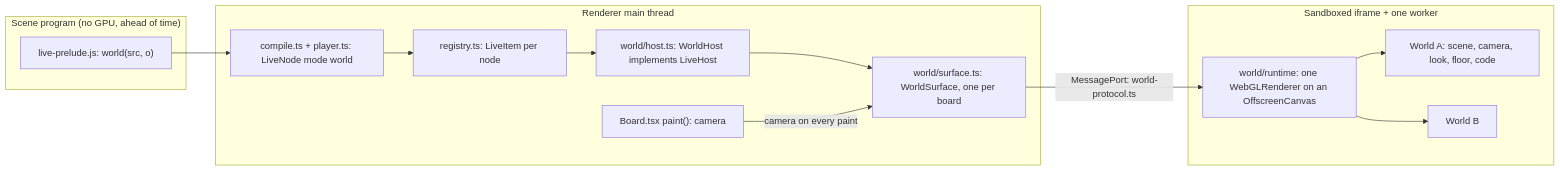
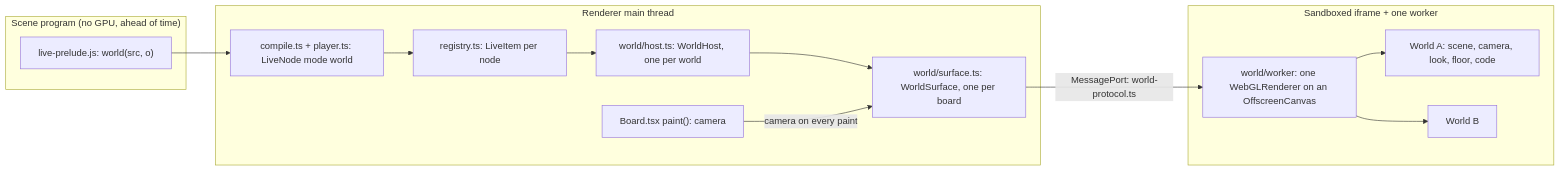
Before and after one commit to Nordup/askaboard: the second of 6 diagrams in docs/learning-space/one-world-architecture.md, drawn with Mermaid. The commit also changed other lines of this file and 18 other files, not shown here.

````diff
--- a/docs/learning-space/one-world-architecture.md
+++ b/docs/learning-space/one-world-architecture.md
@@ -32,23 +31,23 @@
 ```mermaid
 flowchart LR
   subgraph Stage ["Scene program (no GPU, ahead of time)"]
     P["live-prelude.js: world(src, o)"]
   end
   subgraph Page ["Renderer main thread"]
     CO["compile.ts + player.ts: LiveNode mode world"]
     R["registry.ts: LiveItem per node"]
-    H["world/host.ts: WorldHost implements LiveHost"]
+    H["world/host.ts: WorldHost, one per world"]
     SF["world/surface.ts: WorldSurface, one per board"]
     B["Board.tsx paint(): camera"]
   end
   subgraph Frame ["Sandboxed iframe + one worker"]
-    RT["world/runtime: one WebGLRenderer on an OffscreenCanvas"]
+    RT["world/worker: one WebGLRenderer on an OffscreenCanvas"]
     W1["World A: scene, camera, look, floor, code"]
     W2["World B"]
   end
   P --> CO --> R --> H --> SF
   B -- "camera on every paint" --> SF
   SF -- "MessagePort: world-protocol.ts" --> RT
   RT --> W1
   RT --> W2
 ```
````
